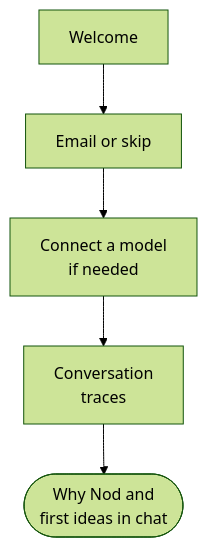
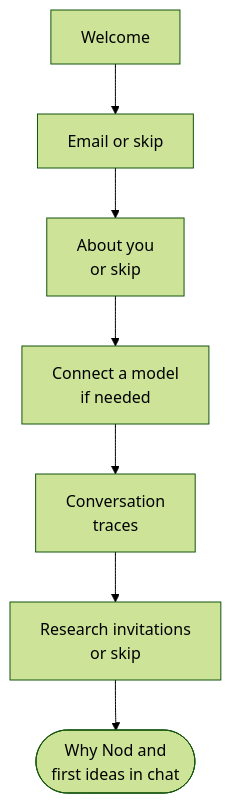
The diagram in docs/src/content/docs/get-started/first-conversation.mdx (KrishBhimani/nod), drawn with Mermaid (forest theme) before and after one commit. The commit also changed other lines of this file and 41 other files, not shown here.

Commit message:
feat(onboarding): add About you and Join us steps (#596)

````diff
--- a/docs/src/content/docs/get-started/first-conversation.mdx
+++ b/docs/src/content/docs/get-started/first-conversation.mdx
@@ -18,7 +18,9 @@
 ```mermaid
 flowchart TD
   start[Welcome] --> email[Email or skip]:::muted
-  email --> model[Connect a model<br/>if needed]:::accent
+  email --> about[About you<br/>or skip]:::muted
+  about --> model[Connect a model<br/>if needed]:::accent
   model --> privacy[Conversation<br/>traces]:::muted
-  privacy --> chat([Why Nod and<br/>first ideas in chat]):::go
+  privacy --> join[Research invitations<br/>or skip]:::muted
+  join --> chat([Why Nod and<br/>first ideas in chat]):::go
 ```
````
